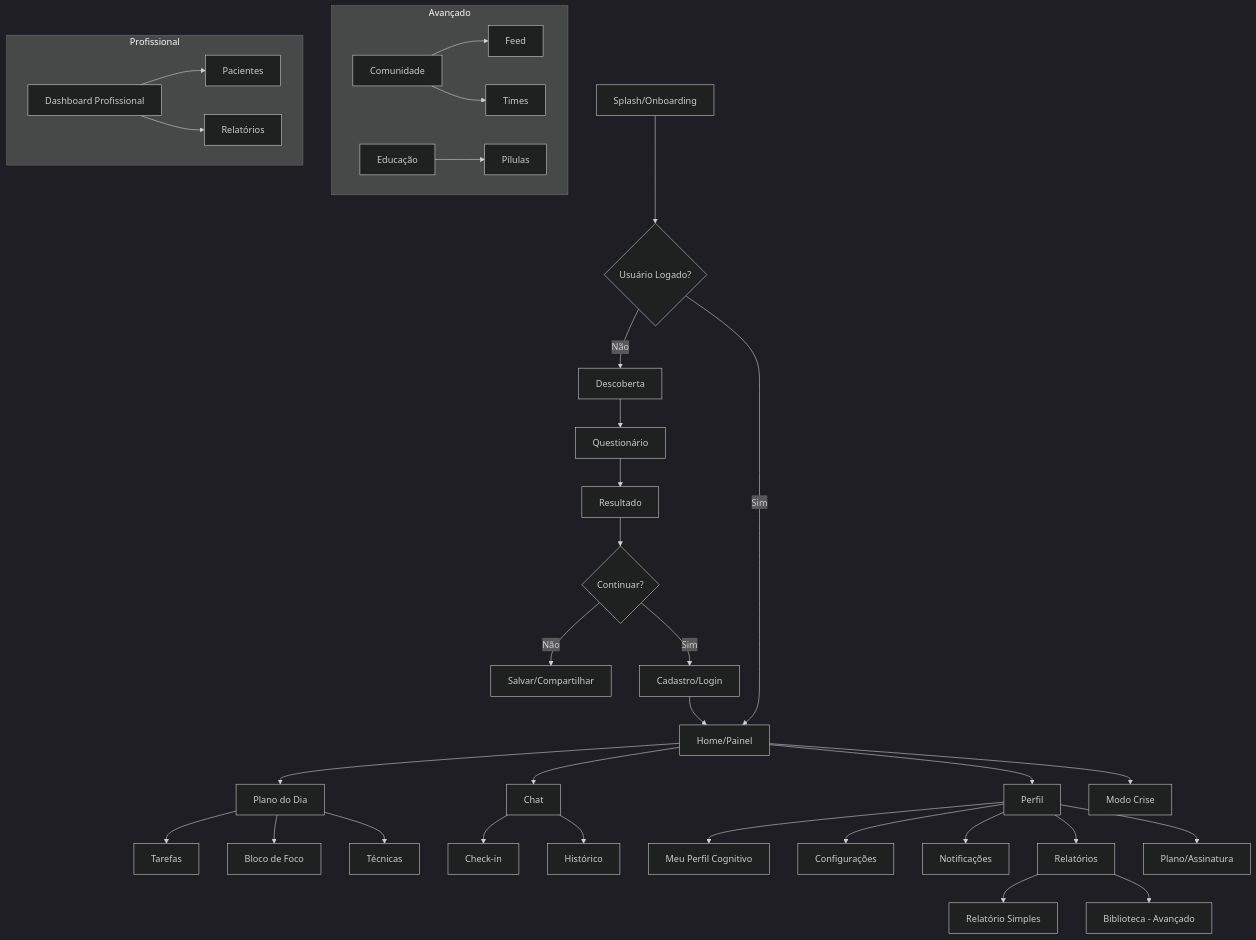
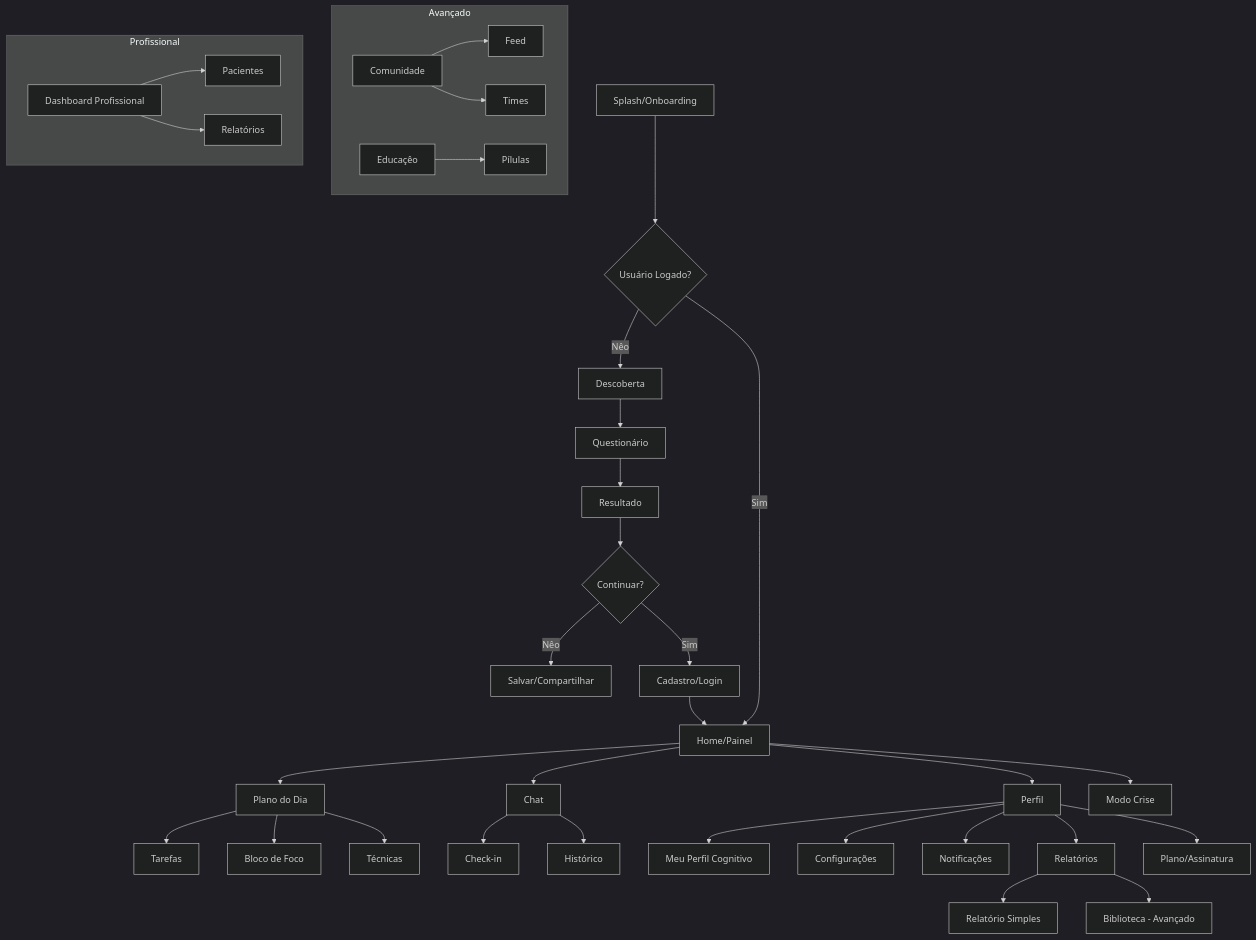
Before and after one commit to linnoff88-dev/arckhe-NCIAFlux: the first of 5 diagrams in docs/front-end-spec.md, drawn with Mermaid (dark theme). The commit also changed other lines of this file and 100 other files, not shown here.

````diff
--- a/docs/front-end-spec.md
+++ b/docs/front-end-spec.md
@@ -70,49 +70,49 @@
 ```mermaid
 graph TD
     A[Splash/Onboarding] --> B{Usuário Logado?}
-    B -->|Não| C[Descoberta]
+    B -->|Nêo| C[Descoberta]
     B -->|Sim| D[Home/Painel]
 
     C --> C1[Questionário]
     C1 --> C2[Resultado]
     C2 --> C3{Continuar?}
-    C3 -->|Não| C4[Salvar/Compartilhar]
+    C3 -->|Nêo| C4[Salvar/Compartilhar]
     C3 -->|Sim| E[Cadastro/Login]
 
     E --> D
 
     D --> D1[Plano do Dia]
     D --> D2[Chat]
     D --> D3[Perfil]
     D --> D4[Modo Crise]
 
     D1 --> D1a[Tarefas]
     D1 --> D1b[Bloco de Foco]
     D1 --> D1c[Técnicas]
 
     D2 --> D2a[Check-in]
     D2 --> D2b[Histórico]
 
     D3 --> D3a[Meu Perfil Cognitivo]
     D3 --> D3b[Configurações]
     D3 --> D3c[Notificações]
     D3 --> D3d[Relatórios]
     D3 --> D3e[Plano/Assinatura]
 
     D3d --> R1[Relatório Simples]
     D3d --> R2[Biblioteca - Avançado]
 
     subgraph Avançado
     COM[Comunidade]
     COM --> COM1[Feed]
     COM --> COM2[Times]
-    EDU[Educação]
+    EDU[Educaçêo]
     EDU --> EDU1[Pílulas]
     end
 
     subgraph Profissional
     PRO[Dashboard Profissional]
     PRO --> PRO1[Pacientes]
     PRO --> PRO2[Relatórios]
     end
 ```
````
